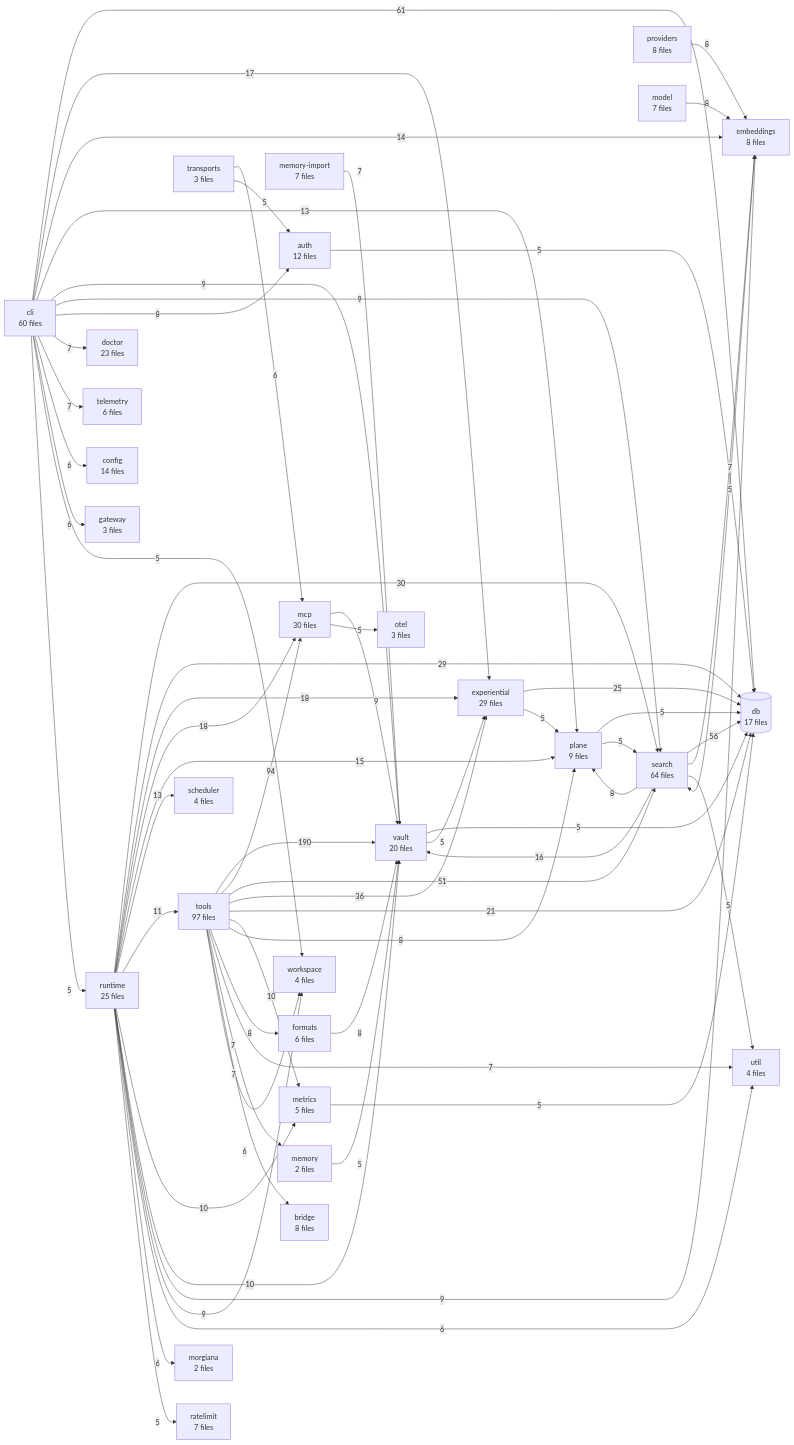
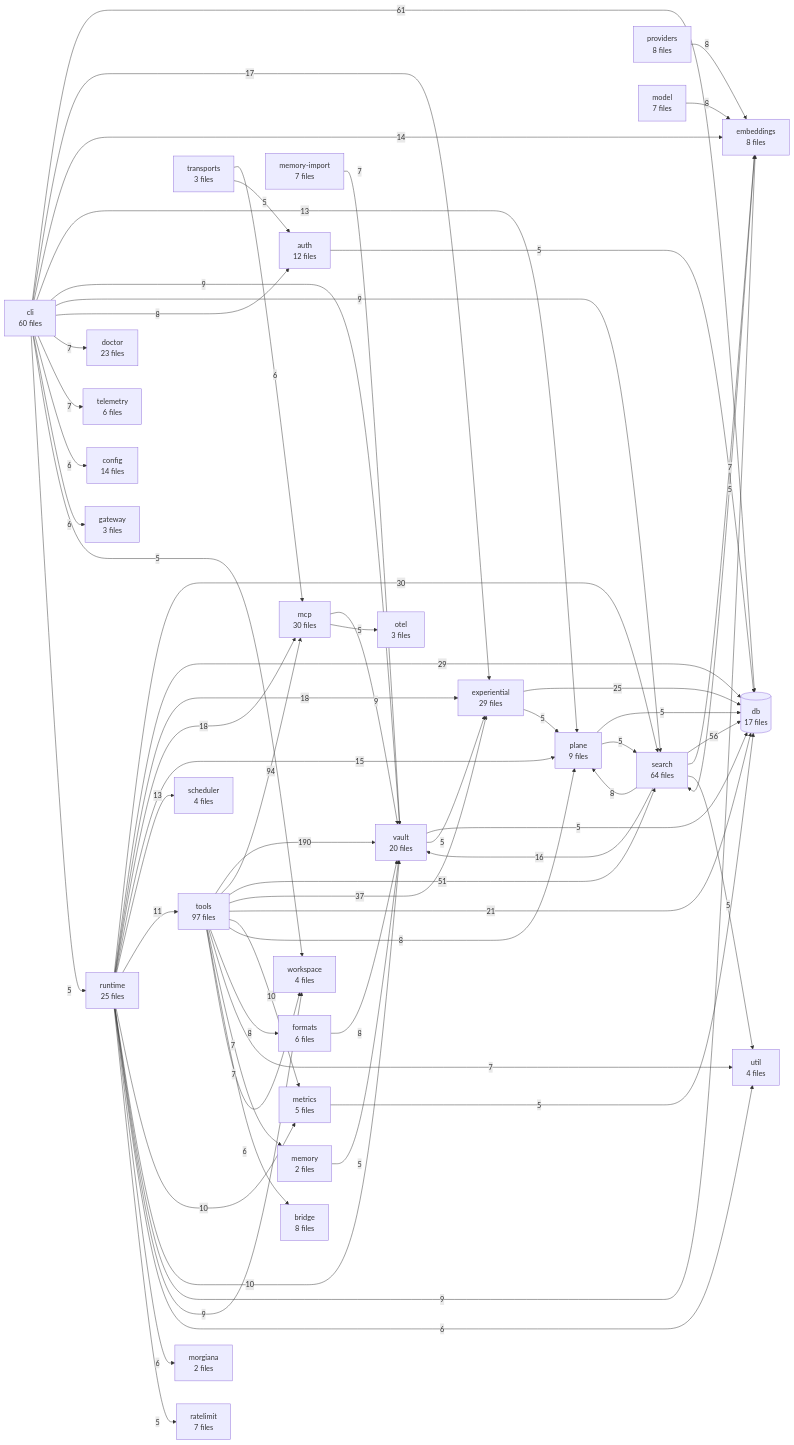
One commit to The-40-Thieves/obsidian-tc changed the diagram in TREE.md. Above: the diagram before and after it, drawn with Mermaid. The commit also changed other lines of this file and 35 other files, not shown here.

```diff
--- a/TREE.md
+++ b/TREE.md
@@ -363,7 +364,7 @@
   cli -->|61| db
   search -->|56| db
   tools -->|51| search
-  tools -->|36| experiential
+  tools -->|37| experiential
   runtime -->|30| search
   runtime -->|29| db
   experiential -->|25| db
```
